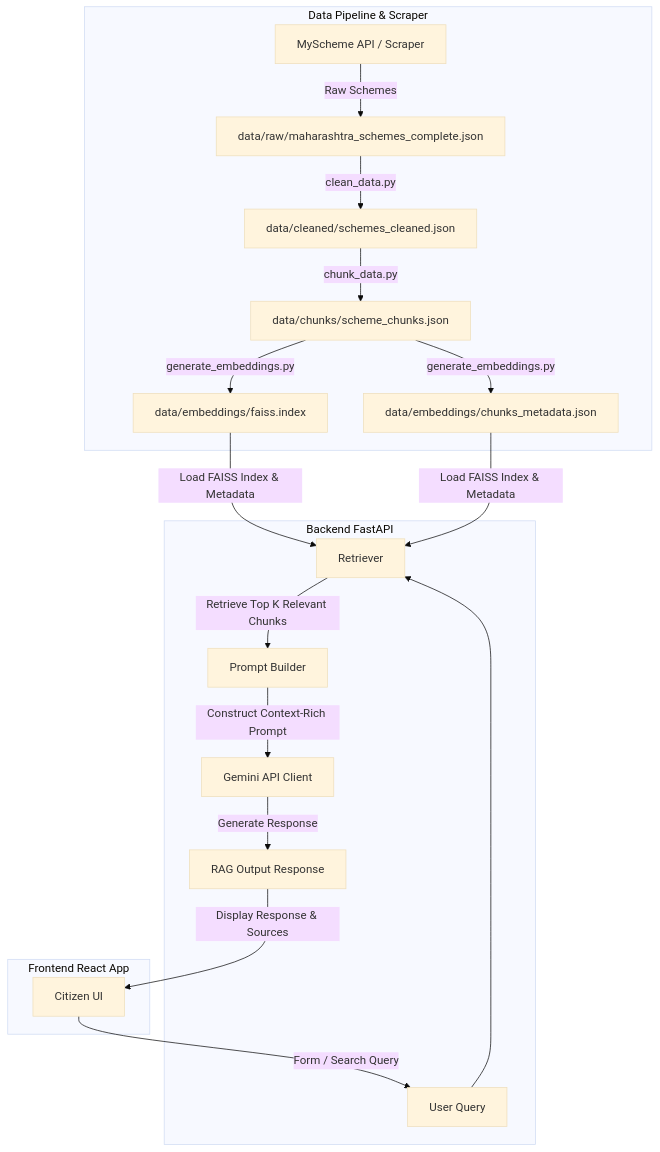
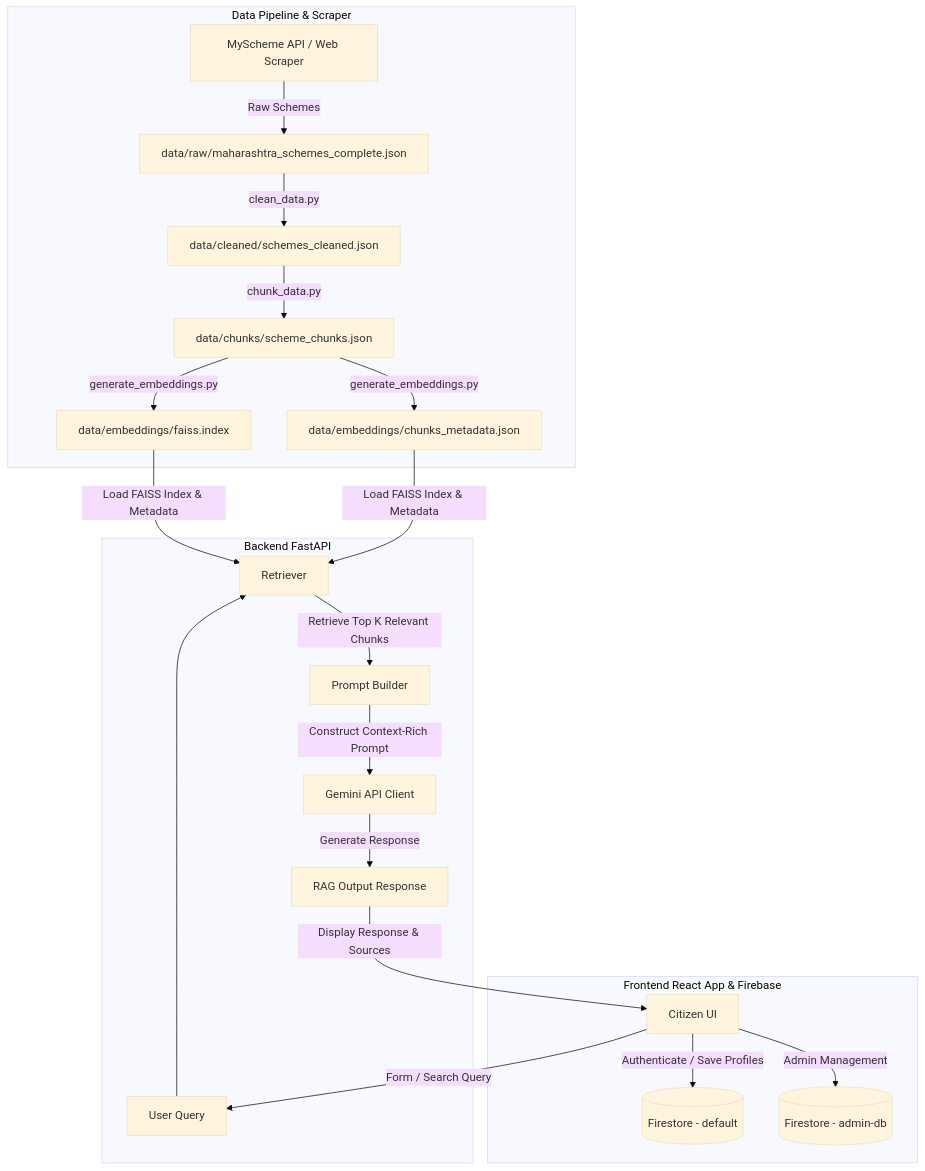
One commit to workspace220106/Yojana-Sarthi changed the diagram in README.md. Above: the diagram before and after it, drawn with Mermaid (base theme). The commit also changed other lines of this file, not shown here.

````diff
--- a/README.md
+++ b/README.md
@@ -17,23 +18,25 @@
 ```mermaid
 graph TD
     subgraph Data Pipeline & Scraper
-        A[MyScheme API / Scraper] -->|Raw Schemes| B[data/raw/maharashtra_schemes_complete.json]
+        A[MyScheme API / Web Scraper] -->|Raw Schemes| B[data/raw/maharashtra_schemes_complete.json]
         B -->|clean_data.py| C[data/cleaned/schemes_cleaned.json]
         C -->|chunk_data.py| D[data/chunks/scheme_chunks.json]
         D -->|generate_embeddings.py| E[data/embeddings/faiss.index]
         D -->|generate_embeddings.py| F[data/embeddings/chunks_metadata.json]
     end
 
     subgraph Backend FastAPI
         G[User Query] --> H[Retriever]
         E & F -->|Load FAISS Index & Metadata| H
         H -->|Retrieve Top K Relevant Chunks| I[Prompt Builder]
         I -->|Construct Context-Rich Prompt| J[Gemini API Client]
         J -->|Generate Response| K[RAG Output Response]
     end
 
-    subgraph Frontend React App
+    subgraph Frontend React App & Firebase
         L[Citizen UI] -->|Form / Search Query| G
         K -->|Display Response & Sources| L
+        L -->|Authenticate / Save Profiles| M[(Firestore - default)]
+        L -->|Admin Management| N[(Firestore - admin-db)]
     end
 ```
````
